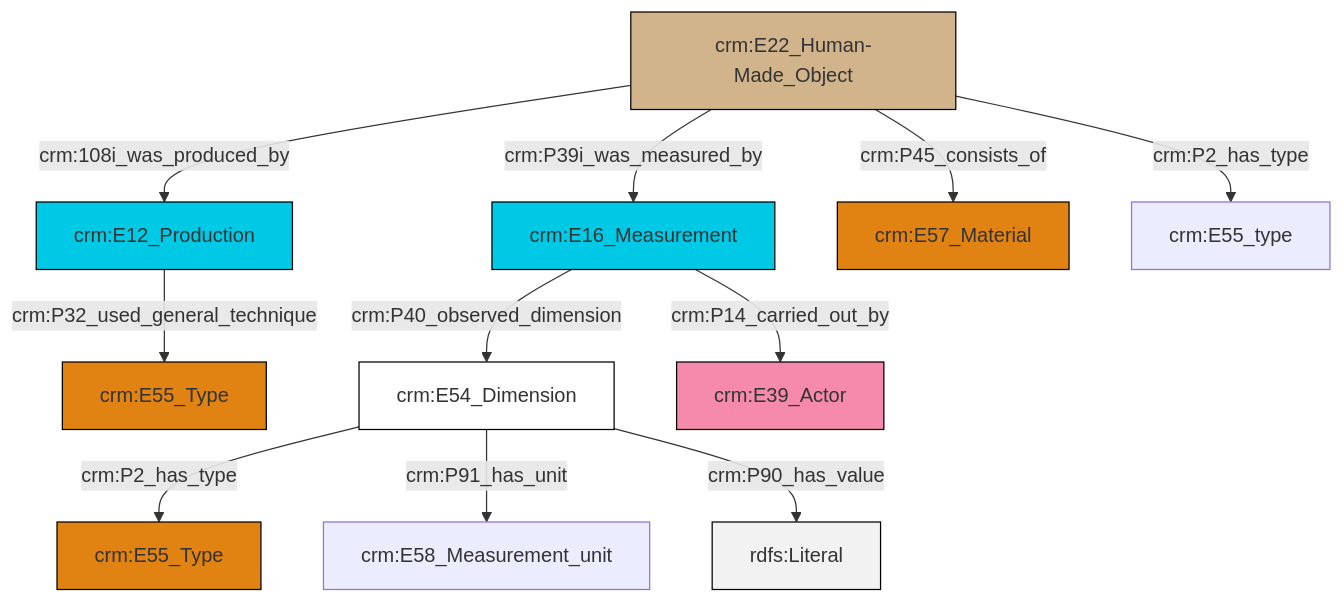
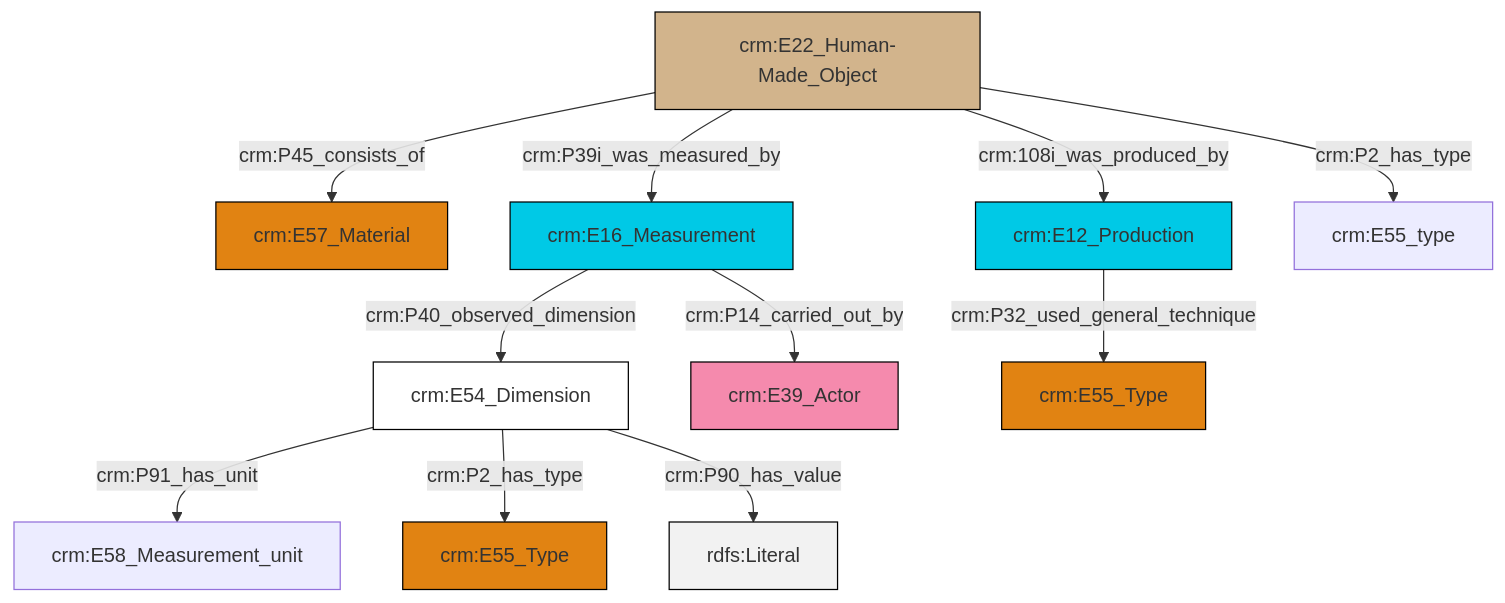
Before and after one commit to swiss-art-research-net/reference-data-models: the diagram in et/artworkCSV/ttl/mmd/Artwork_substance.ttl.mmd, drawn with Mermaid. The commit also changed 126 other files, not shown here.

```diff
--- a/et/artworkCSV/ttl/mmd/Artwork_substance.ttl.mmd
+++ b/et/artworkCSV/ttl/mmd/Artwork_substance.ttl.mmd
@@ -1,25 +1,25 @@
 graph TD
 classDef Literal fill:#f2f2f2,stroke:#000000;
 classDef CRM_Entity fill:#FFFFFF,stroke:#000000;
 classDef Temporal_Entity fill:#00C9E6, stroke:#000000;
 classDef Type fill:#E18312, stroke:#000000;
 classDef Time-Span fill:#2C9C91, stroke:#000000;
 classDef Appellation fill:#FFEB7F, stroke:#000000;
 classDef Place fill:#008836, stroke:#000000;
 classDef Persistent_Item fill:#B266B2, stroke:#000000;
 classDef Conceptual_Object fill:#FFD700, stroke:#000000;
 classDef Physical_Thing fill:#D2B48C, stroke:#000000;
 classDef Actor fill:#f58aad, stroke:#000000;
 classDef PC_Classes fill:#4ce600, stroke:#000000;
 classDef Multi fill:#cccccc,stroke:#000000;
 
-2["crm:E22_Human-Made_Object"]:::Physical_Thing -->|crm:108i_was_produced_by| 4["crm:E12_Production"]:::Temporal_Entity
-2["crm:E22_Human-Made_Object"]:::Physical_Thing -->|crm:P39i_was_measured_by| 6["crm:E16_Measurement"]:::Temporal_Entity
-2["crm:E22_Human-Made_Object"]:::Physical_Thing -->|crm:P45_consists_of| 7["crm:E57_Material"]:::Type
-2["crm:E22_Human-Made_Object"]:::Physical_Thing -->|crm:P2_has_type| 0["crm:E55_type"]:::Default
-4["crm:E12_Production"]:::Temporal_Entity -->|crm:P32_used_general_technique| 10["crm:E55_Type"]:::Type
-6["crm:E16_Measurement"]:::Temporal_Entity -->|crm:P40_observed_dimension| 8["crm:E54_Dimension"]:::CRM_Entity
-8["crm:E54_Dimension"]:::CRM_Entity -->|crm:P2_has_type| 11["crm:E55_Type"]:::Type
-6["crm:E16_Measurement"]:::Temporal_Entity -->|crm:P14_carried_out_by| 12["crm:E39_Actor"]:::Actor
-8["crm:E54_Dimension"]:::CRM_Entity -->|crm:P91_has_unit| 17["crm:E58_Measurement_unit"]:::Default
-8["crm:E54_Dimension"]:::CRM_Entity -->|crm:P90_has_value| 19[rdfs:Literal]:::Literal
+0["crm:E54_Dimension"]:::CRM_Entity -->|crm:P91_has_unit| 1["crm:E58_Measurement_unit"]:::Default
+0["crm:E54_Dimension"]:::CRM_Entity -->|crm:P2_has_type| 4["crm:E55_Type"]:::Type
+6["crm:E16_Measurement"]:::Temporal_Entity -->|crm:P14_carried_out_by| 7["crm:E39_Actor"]:::Actor
+8["crm:E12_Production"]:::Temporal_Entity -->|crm:P32_used_general_technique| 9["crm:E55_Type"]:::Type
+6["crm:E16_Measurement"]:::Temporal_Entity -->|crm:P40_observed_dimension| 0["crm:E54_Dimension"]:::CRM_Entity
+14["crm:E22_Human-Made_Object"]:::Physical_Thing -->|crm:P45_consists_of| 2["crm:E57_Material"]:::Type
+14["crm:E22_Human-Made_Object"]:::Physical_Thing -->|crm:P39i_was_measured_by| 6["crm:E16_Measurement"]:::Temporal_Entity
+0["crm:E54_Dimension"]:::CRM_Entity -->|crm:P90_has_value| 18[rdfs:Literal]:::Literal
+14["crm:E22_Human-Made_Object"]:::Physical_Thing -->|crm:108i_was_produced_by| 8["crm:E12_Production"]:::Temporal_Entity
+14["crm:E22_Human-Made_Object"]:::Physical_Thing -->|crm:P2_has_type| 15["crm:E55_type"]:::Default
```
